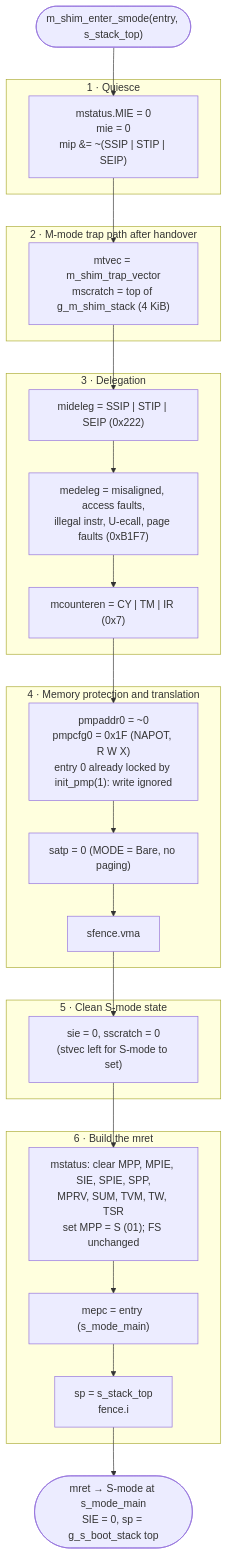
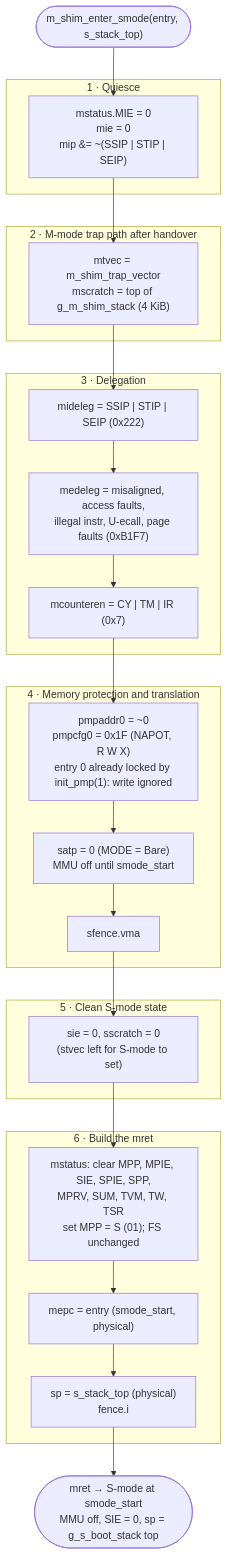
The fifth of 12 diagrams in docs/boot-to-smode.md (InuyashaITB/mpfs-freertos-smode), drawn with Mermaid before and after one commit. The commit also changed other lines of this file, not shown here.

First line of the commit message:
Document the Sv39 bring-up in the boot-flow diagrams

````diff
--- a/docs/boot-to-smode.md
+++ b/docs/boot-to-smode.md
@@ -174,38 +193,38 @@
 ```mermaid
 flowchart TD
     A(["m_shim_enter_smode(entry, s_stack_top)"]) --> B
 
     subgraph Q ["1 · Quiesce"]
         B["mstatus.MIE = 0<br/>mie = 0<br/>mip &= ~(SSIP | STIP | SEIP)"]
     end
 
     B --> C
     subgraph T ["2 · M-mode trap path after handover"]
         C["mtvec = m_shim_trap_vector<br/>mscratch = top of g_m_shim_stack (4 KiB)"]
     end
 
     C --> D
     subgraph DL ["3 · Delegation"]
         D["mideleg = SSIP | STIP | SEIP (0x222)"] --> D2["medeleg = misaligned, access faults,<br/>illegal instr, U-ecall, page faults (0xB1F7)"]
         D2 --> D3["mcounteren = CY | TM | IR (0x7)"]
     end
 
     D3 --> E
     subgraph MEM ["4 · Memory protection and translation"]
-        E["pmpaddr0 = ~0<br/>pmpcfg0 = 0x1F (NAPOT, R W X)<br/>entry 0 already locked by init_pmp(1): write ignored"] --> F["satp = 0 (MODE = Bare, no paging)"]
+        E["pmpaddr0 = ~0<br/>pmpcfg0 = 0x1F (NAPOT, R W X)<br/>entry 0 already locked by init_pmp(1): write ignored"] --> F["satp = 0 (MODE = Bare)<br/>MMU off until smode_start"]
         F --> G["sfence.vma"]
     end
 
     G --> H
     subgraph SS ["5 · Clean S-mode state"]
         H["sie = 0, sscratch = 0<br/>(stvec left for S-mode to set)"]
     end
 
     H --> I
     subgraph RET ["6 · Build the mret"]
-        I["mstatus: clear MPP, MPIE, SIE, SPIE, SPP,<br/>MPRV, SUM, TVM, TW, TSR<br/>set MPP = S (01); FS unchanged"] --> J["mepc = entry (s_mode_main)"]
-        J --> K["sp = s_stack_top<br/>fence.i"]
+        I["mstatus: clear MPP, MPIE, SIE, SPIE, SPP,<br/>MPRV, SUM, TVM, TW, TSR<br/>set MPP = S (01); FS unchanged"] --> J["mepc = entry (smode_start, physical)"]
+        J --> K["sp = s_stack_top (physical)<br/>fence.i"]
     end
 
-    K --> L(["mret → S-mode at s_mode_main<br/>SIE = 0, sp = g_s_boot_stack top"])
+    K --> L(["mret → S-mode at smode_start<br/>MMU off, SIE = 0, sp = g_s_boot_stack top"])
 ```
````
